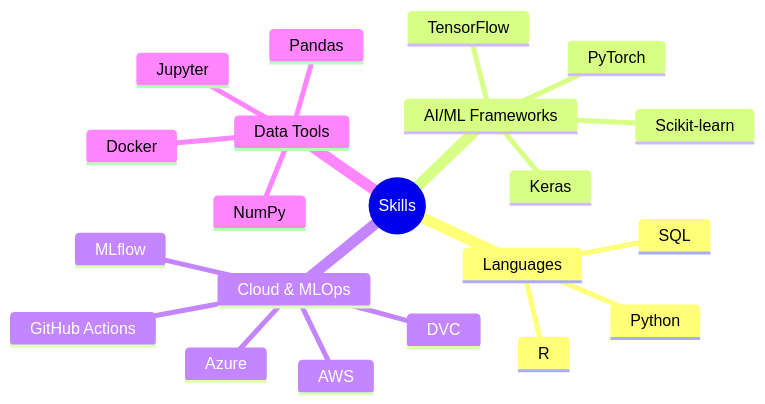
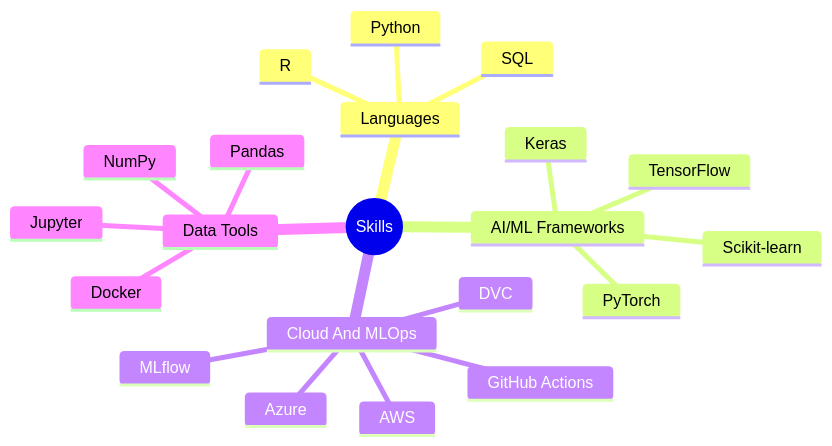
One commit to Parth189p/Parth189p changed the diagram in README.md. Above: the diagram before and after it, drawn with Mermaid. The commit also changed other lines of this file, not shown here.

````diff
--- a/README.md
+++ b/README.md
@@ -23,24 +23,24 @@
 ```mermaid
 mindmap
   root((Skills))
     Languages
       Python
       SQL
       R
     AI/ML Frameworks
       TensorFlow
       PyTorch
       Keras
       Scikit-learn
-    Cloud & MLOps
+    Cloud And MLOps
       AWS
       Azure
       MLflow
       DVC
       GitHub Actions
     Data Tools
       Jupyter
       Pandas
       NumPy
       Docker
 ```
````
